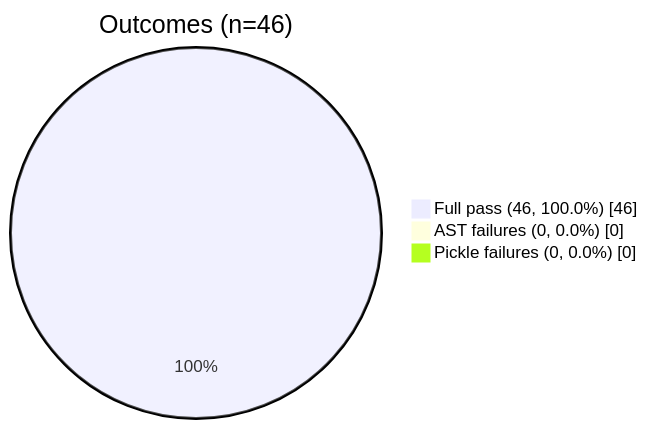
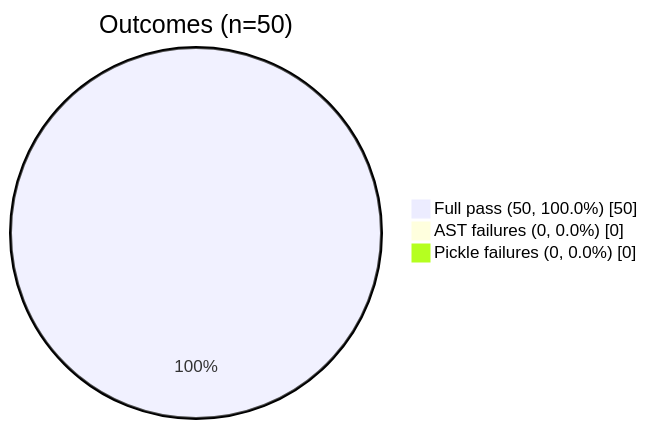
Before and after one commit to SHIFT-LEFTER/shiftlefter: the second of 2 diagrams in compliance.md, drawn with Mermaid. The commit also changed other lines of this file and 236 other files, not shown here.

````diff
--- a/compliance.md
+++ b/compliance.md
@@ -15,7 +15,7 @@
 ```mermaid
 pie showData
-  title Outcomes (n=46)
-  "Full pass (46, 100.0%)" : 46
+  title Outcomes (n=50)
+  "Full pass (50, 100.0%)" : 50
   "AST failures (0, 0.0%)" : 0
   "Pickle failures (0, 0.0%)" : 0
 ```
````
